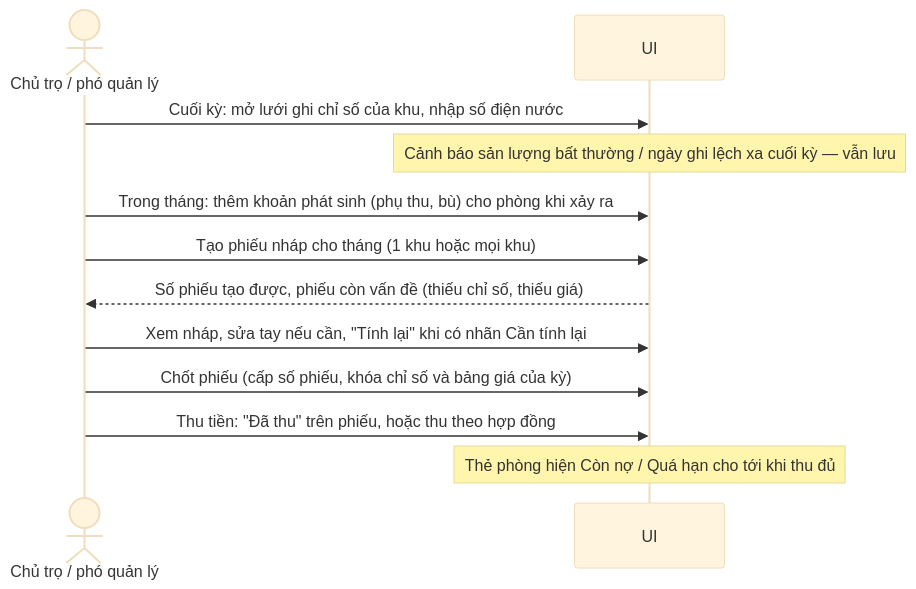
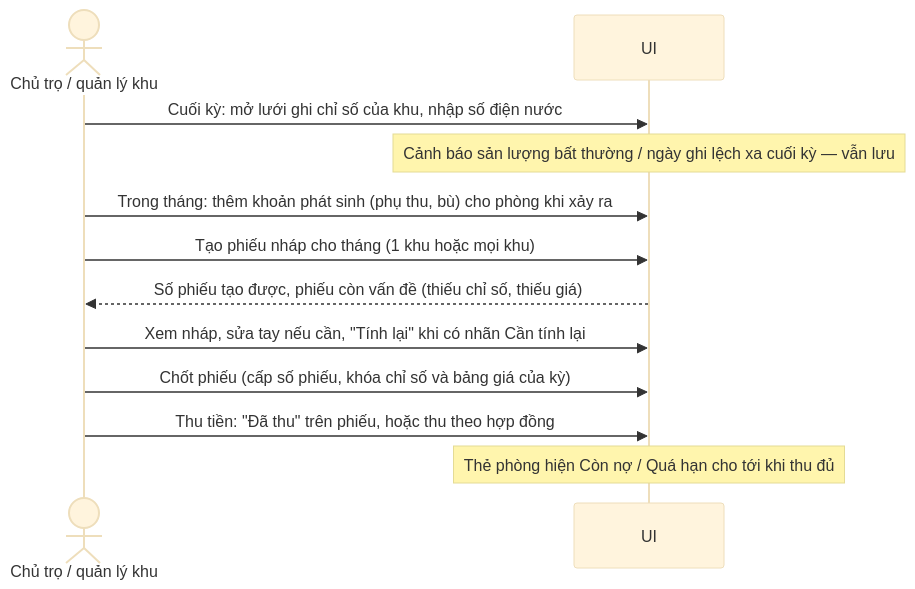
One commit to manhcuong922/renting-room changed the third of 3 diagrams in docs/api/README.md. Above: the diagram before and after it, drawn with Mermaid (base theme). The commit also changed other lines of this file and 269 other files, not shown here.

````diff
--- a/docs/api/README.md
+++ b/docs/api/README.md
@@ -146,14 +146,14 @@
 ```mermaid
 sequenceDiagram
-  actor Chủ as Chủ trọ / phó quản lý
+  actor Chủ as Chủ trọ / quản lý khu
   participant UI
   Chủ->>UI: Cuối kỳ: mở lưới ghi chỉ số của khu, nhập số điện nước
   Note over UI: Cảnh báo sản lượng bất thường / ngày ghi lệch xa cuối kỳ — vẫn lưu
   Chủ->>UI: Trong tháng: thêm khoản phát sinh (phụ thu, bù) cho phòng khi xảy ra
   Chủ->>UI: Tạo phiếu nháp cho tháng (1 khu hoặc mọi khu)
   UI-->>Chủ: Số phiếu tạo được, phiếu còn vấn đề (thiếu chỉ số, thiếu giá)
   Chủ->>UI: Xem nháp, sửa tay nếu cần, "Tính lại" khi có nhãn Cần tính lại
   Chủ->>UI: Chốt phiếu (cấp số phiếu, khóa chỉ số và bảng giá của kỳ)
   Chủ->>UI: Thu tiền: "Đã thu" trên phiếu, hoặc thu theo hợp đồng
   Note over UI: Thẻ phòng hiện Còn nợ / Quá hạn cho tới khi thu đủ
 ```
````
